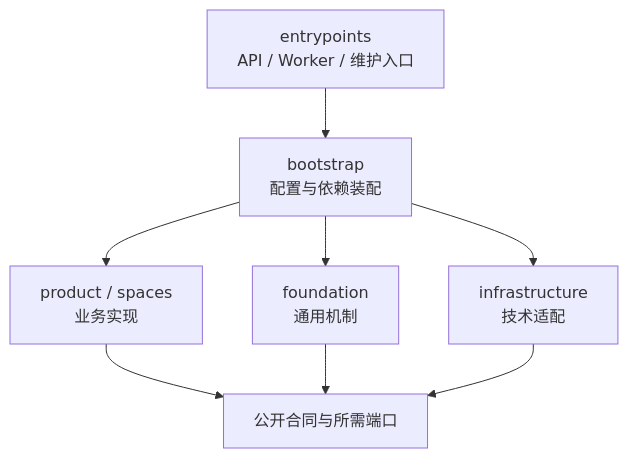
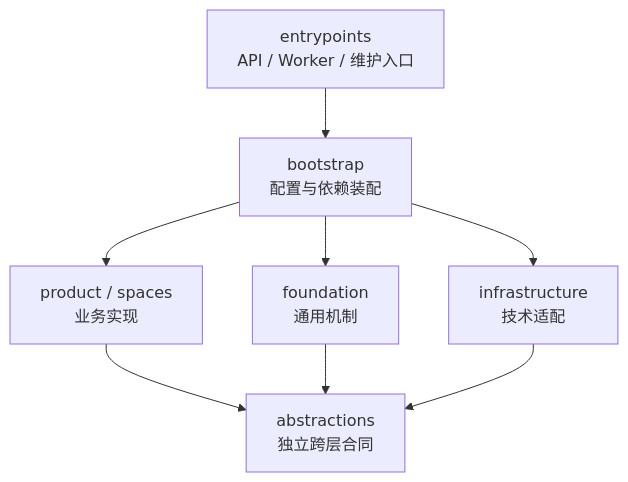
Before and after one commit to ivgotcrazy/deermind: the diagram in doc/mvp/m1/engineering/Source_Organization.md, drawn with Mermaid. The commit also changed other lines of this file and 123 other files, not shown here.

````diff
--- a/doc/mvp/m1/engineering/Source_Organization.md
+++ b/doc/mvp/m1/engineering/Source_Organization.md
@@ -205,10 +191,10 @@
 ```mermaid
 flowchart TB
     E["entrypoints<br/>API / Worker / 维护入口"] --> B["bootstrap<br/>配置与依赖装配"]
     B --> M["product / spaces<br/>业务实现"]
     B --> F["foundation<br/>通用机制"]
     B --> I["infrastructure<br/>技术适配"]
-    M --> P["公开合同与所需端口"]
+    M --> P["abstractions<br/>独立跨层合同"]
     F --> P
     I --> P
 ```
````
